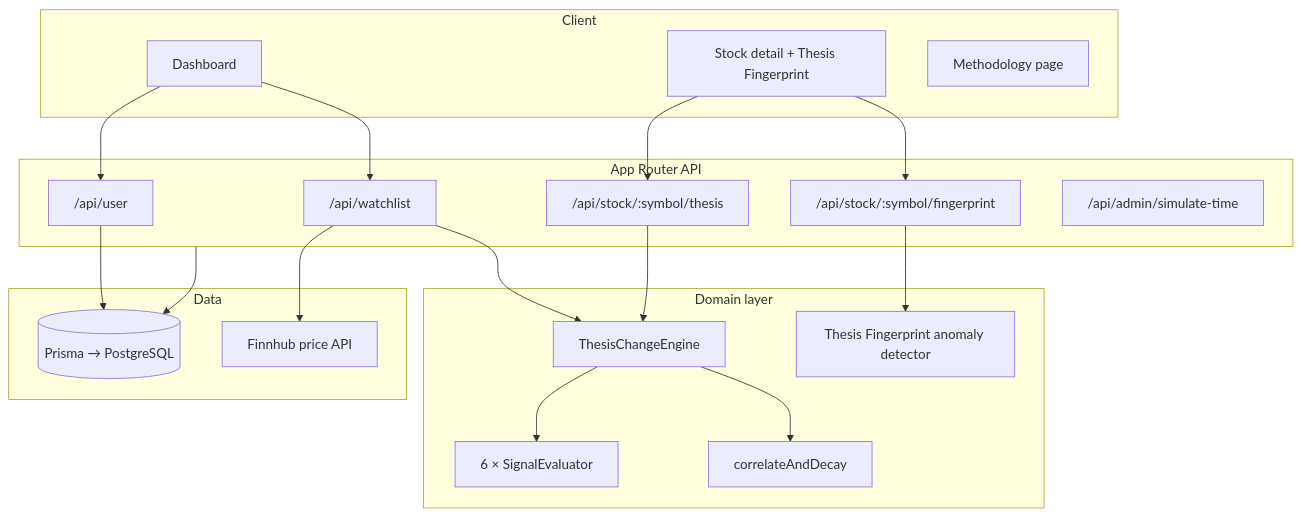
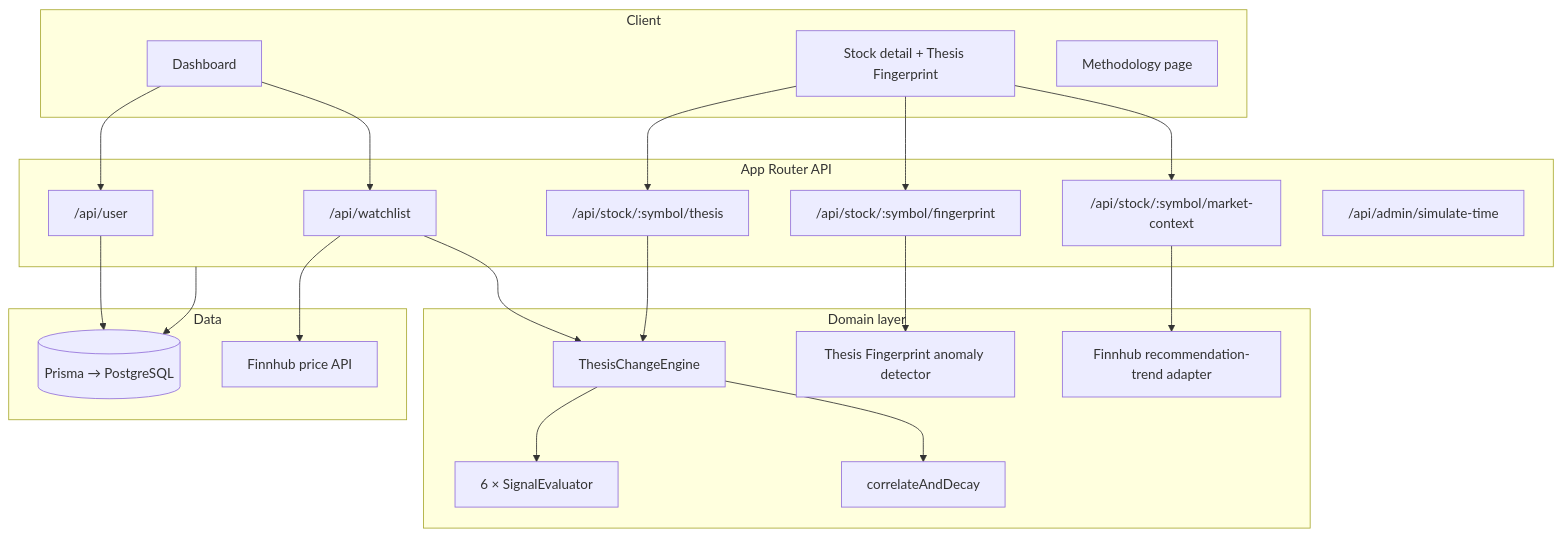
Before and after one commit to Adhithi02/Undertow: the diagram in README.md, drawn with Mermaid. The commit also changed other lines of this file and 8 other files, not shown here.

````diff
--- a/README.md
+++ b/README.md
@@ -39,41 +40,45 @@
 ```mermaid
 flowchart TB
   subgraph Client
     Dashboard[Dashboard]
     Detail[Stock detail + Thesis Fingerprint]
     Guide[Methodology page]
   end
 
   subgraph API["App Router API"]
     User["/api/user"]
     Watchlist["/api/watchlist"]
     Thesis["/api/stock/:symbol/thesis"]
     Fingerprint["/api/stock/:symbol/fingerprint"]
+    Context["/api/stock/:symbol/market-context"]
     Simulate["/api/admin/simulate-time"]
   end
 
   subgraph Core["Domain layer"]
     Engine[ThesisChangeEngine]
     Evaluators[6 × SignalEvaluator]
     Correlate[correlateAndDecay]
     Anomaly[Thesis Fingerprint anomaly detector]
+    Consensus[Finnhub recommendation-trend adapter]
   end
 
   subgraph Data
     Prisma[(Prisma → PostgreSQL)]
     Finnhub[Finnhub price API]
   end
 
   Dashboard --> Watchlist
   Dashboard --> User
   Detail --> Thesis
   Detail --> Fingerprint
+  Detail --> Context
   Watchlist --> Engine
   Thesis --> Engine
   Engine --> Evaluators
   Engine --> Correlate
   Fingerprint --> Anomaly
+  Context --> Consensus
   API --> Prisma
   Watchlist --> Finnhub
   User --> Prisma
 ```
````
